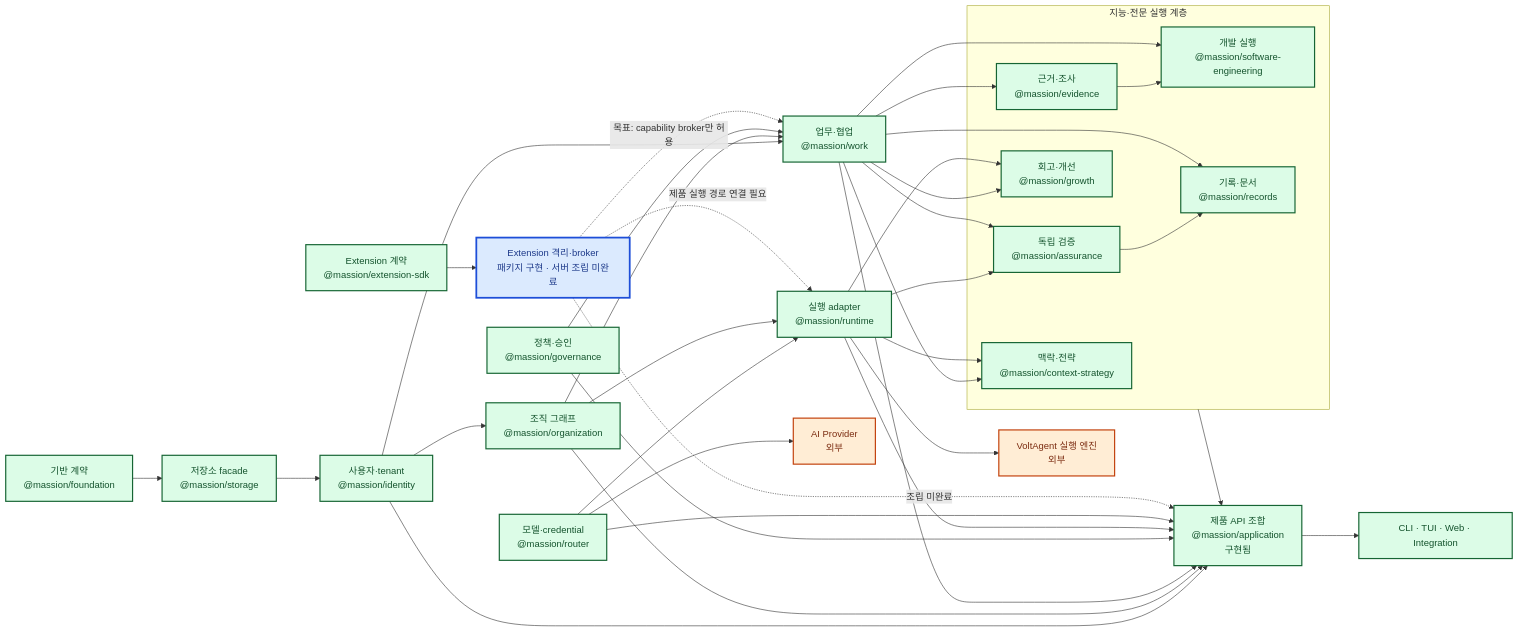
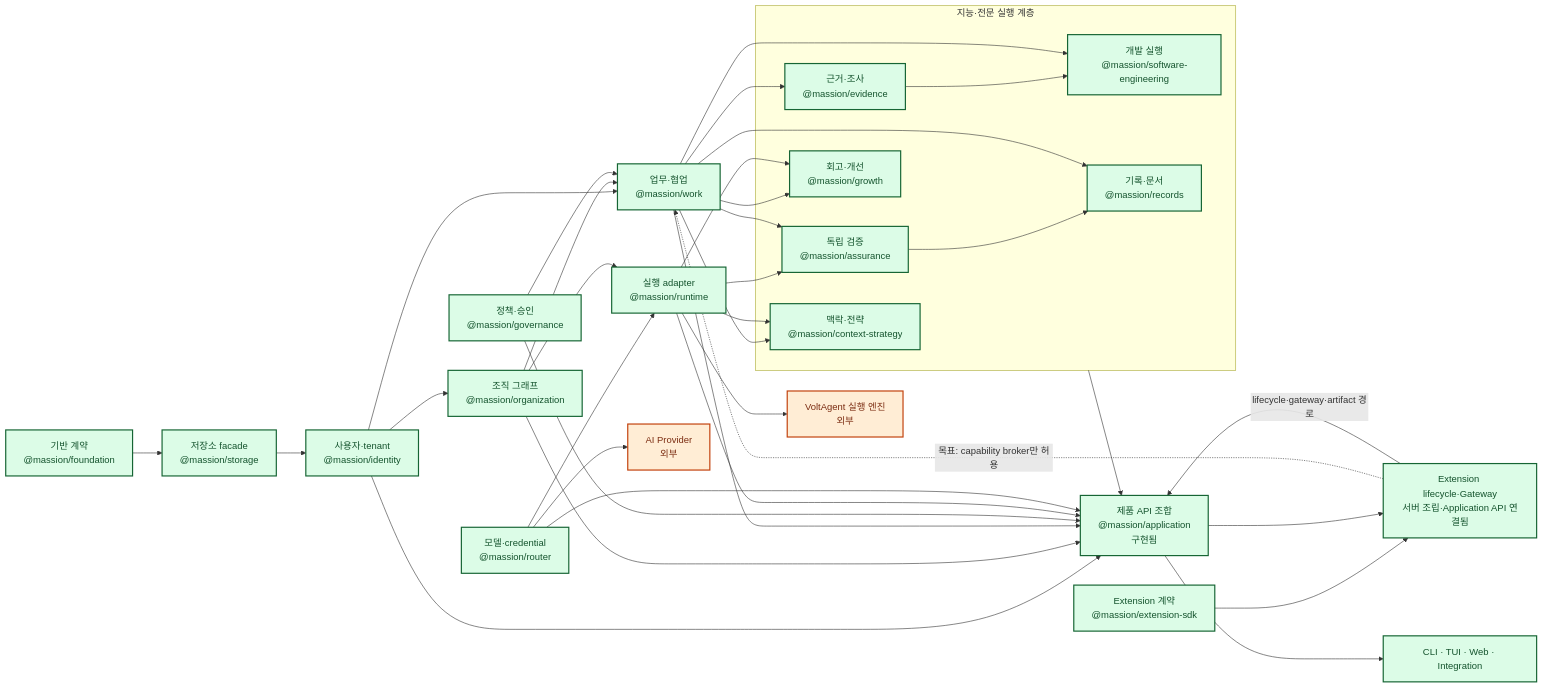
Before and after one commit to jabdori/massion: the second of 11 diagrams in docs/architecture/README.md, drawn with Mermaid. The commit also changed other lines of this file and 6 other files, not shown here.

````diff
--- a/docs/architecture/README.md
+++ b/docs/architecture/README.md
@@ -105,66 +105,66 @@
 ```mermaid
 flowchart LR
   classDef implemented fill:#dcfce7,stroke:#166534,color:#14532d,stroke-width:2px;
   classDef implementing fill:#dbeafe,stroke:#1d4ed8,color:#1e3a8a,stroke-width:3px;
   classDef planned fill:#f3f4f6,stroke:#6b7280,color:#374151,stroke-width:1px,stroke-dasharray:5 5;
   classDef external fill:#ffedd5,stroke:#c2410c,color:#7c2d12,stroke-width:2px;
 
   Foundation["기반 계약<br/>@massion/foundation"]:::implemented
   Storage["저장소 facade<br/>@massion/storage"]:::implemented
   Identity["사용자·tenant<br/>@massion/identity"]:::implemented
   Organization["조직 그래프<br/>@massion/organization"]:::implemented
   Work["업무·협업<br/>@massion/work"]:::implemented
   Governance["정책·승인<br/>@massion/governance"]:::implemented
   Router["모델·credential<br/>@massion/router"]:::implemented
   Runtime["실행 adapter<br/>@massion/runtime"]:::implemented
 
   subgraph Intelligence["지능·전문 실행 계층"]
     Context["맥락·전략<br/>@massion/context-strategy"]:::implemented
     Evidence["근거·조사<br/>@massion/evidence"]:::implemented
     Engineering["개발 실행<br/>@massion/software-engineering"]:::implemented
     Assurance["독립 검증<br/>@massion/assurance"]:::implemented
     Records["기록·문서<br/>@massion/records"]:::implemented
     Growth["회고·개선<br/>@massion/growth"]:::implemented
   end
 
   ExtSDK["Extension 계약<br/>@massion/extension-sdk"]:::implemented
-  ExtHost["Extension 격리·broker<br/>패키지 구현 · 서버 조립 미완료"]:::implementing
+  ExtHost["Extension lifecycle·Gateway<br/>서버 조립·Application API 연결됨"]:::implemented
   Application["제품 API 조합<br/>@massion/application<br/>구현됨"]:::implemented
   Surfaces["CLI · TUI · Web · Integration"]:::implemented
   VoltAgent["VoltAgent 실행 엔진<br/>외부"]:::external
   Provider["AI Provider<br/>외부"]:::external
 
   Foundation --> Storage
   Storage --> Identity
   Identity --> Organization
   Identity --> Work
   Organization --> Work
   Governance --> Work
   Router --> Runtime
   Organization --> Runtime
   Work --> Context
   Runtime --> Context
   Work --> Evidence
   Evidence --> Engineering
   Work --> Engineering
   Runtime --> Assurance
   Work --> Assurance
   Assurance --> Records
   Work --> Records
   Work --> Growth
   Runtime --> Growth
   ExtSDK --> ExtHost
-  ExtHost -. "제품 실행 경로 연결 필요" .-> Runtime
+  Application --> ExtHost
   ExtHost -. "목표: capability broker만 허용" .-> Work
   Runtime --> VoltAgent
   Router --> Provider
   Identity --> Application
   Organization --> Application
   Work --> Application
   Governance --> Application
   Runtime --> Application
   Router --> Application
   Intelligence --> Application
-  ExtHost -. "조립 미완료" .-> Application
+  ExtHost -->|lifecycle·gateway·artifact 경로| Application
   Application --> Surfaces
 ```
````
